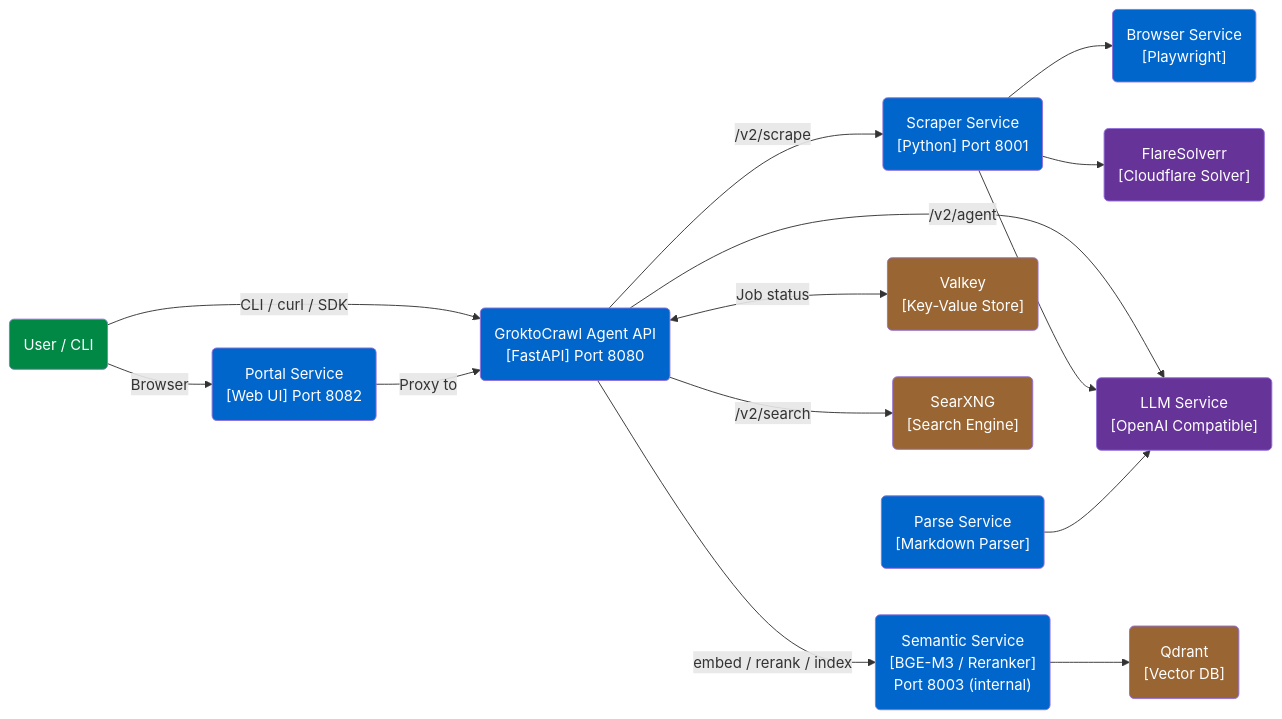
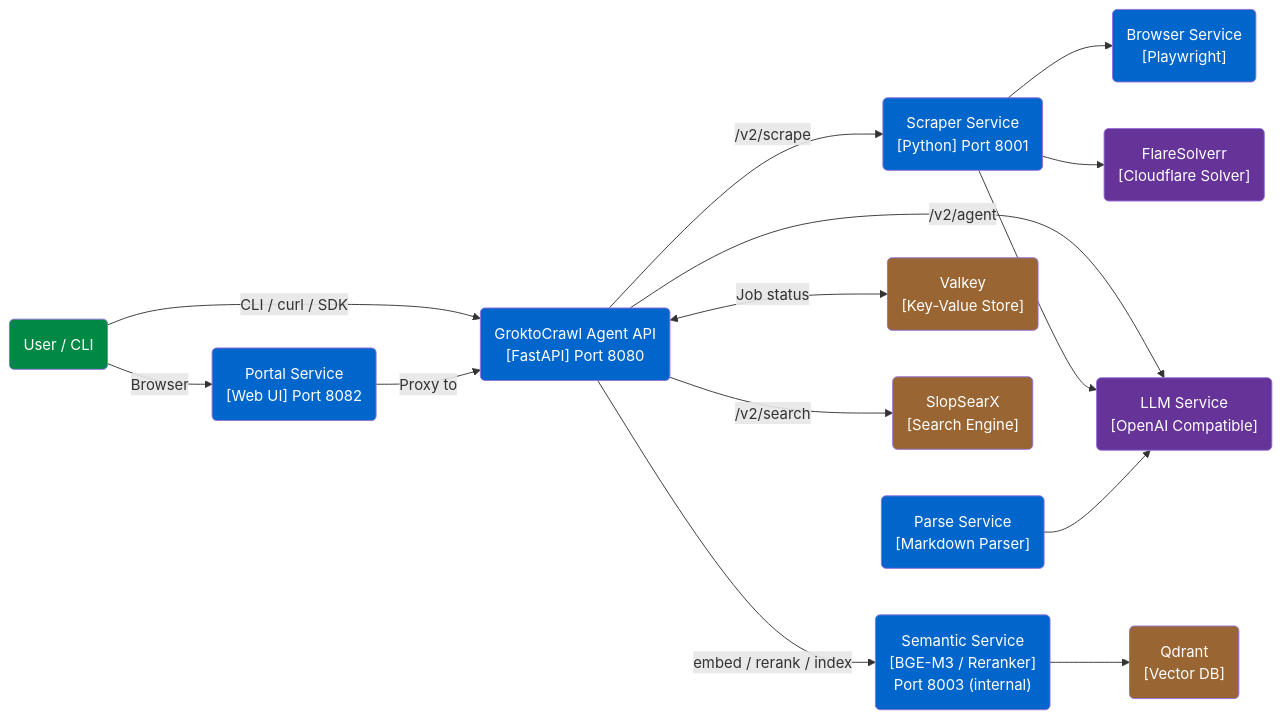
Before and after one commit to Gerkinfeltser/groktocrawl: the first of 4 diagrams in docs/architecture.md, drawn with Mermaid. The commit also changed other lines of this file and 20 other files, not shown here.

First line of the commit message:
chore: remove search-svc fixture, update docs from SearXNG to SlopSearX (#405)

````diff
--- a/docs/architecture.md
+++ b/docs/architecture.md
@@ -5,42 +5,42 @@
 ```mermaid
 flowchart LR
     user("User / CLI")
     agent_api("GroktoCrawl Agent API\n[FastAPI] Port 8080")
     scraper_svc("Scraper Service\n[Python] Port 8001")
     browser_svc("Browser Service\n[Playwright]")
     semantic_svc("Semantic Service\n[BGE-M3 / Reranker]\nPort 8003 (internal)")
     qdrant("Qdrant\n[Vector DB]")
     valkey("Valkey\n[Key-Value Store]")
-    searxng("SearXNG\n[Search Engine]")
+    searxng("SlopSearX\n[Search Engine]")
     llm_svc("LLM Service\n[OpenAI Compatible]")
     flare_solverr("FlareSolverr\n[Cloudflare Solver]")
     portal_svc("Portal Service\n[Web UI] Port 8082")
     parse_svc("Parse Service\n[Markdown Parser]")
 
     user -->|"CLI / curl / SDK"| agent_api
     user -->|"Browser"| portal_svc
     agent_api -->|"/v2/scrape"| scraper_svc
     agent_api -->|"/v2/search"| searxng
     agent_api -->|"embed / rerank / index"| semantic_svc
     agent_api -->|"/v2/agent"| llm_svc
     agent_api <-->|"Job status"| valkey
     portal_svc -->|"Proxy to"| agent_api
     semantic_svc --> qdrant
     scraper_svc --> browser_svc
     scraper_svc --> flare_solverr
     scraper_svc --> llm_svc
     parse_svc --> llm_svc
 
     style user fill:#084,color:#fff
     style agent_api fill:#06c,color:#fff
     style scraper_svc fill:#06c,color:#fff
     style browser_svc fill:#06c,color:#fff
     style semantic_svc fill:#06c,color:#fff
     style portal_svc fill:#06c,color:#fff
     style parse_svc fill:#06c,color:#fff
     style valkey fill:#963,color:#fff
     style searxng fill:#963,color:#fff
     style qdrant fill:#963,color:#fff
     style llm_svc fill:#639,color:#fff
     style flare_solverr fill:#639,color:#fff
 ```
````
